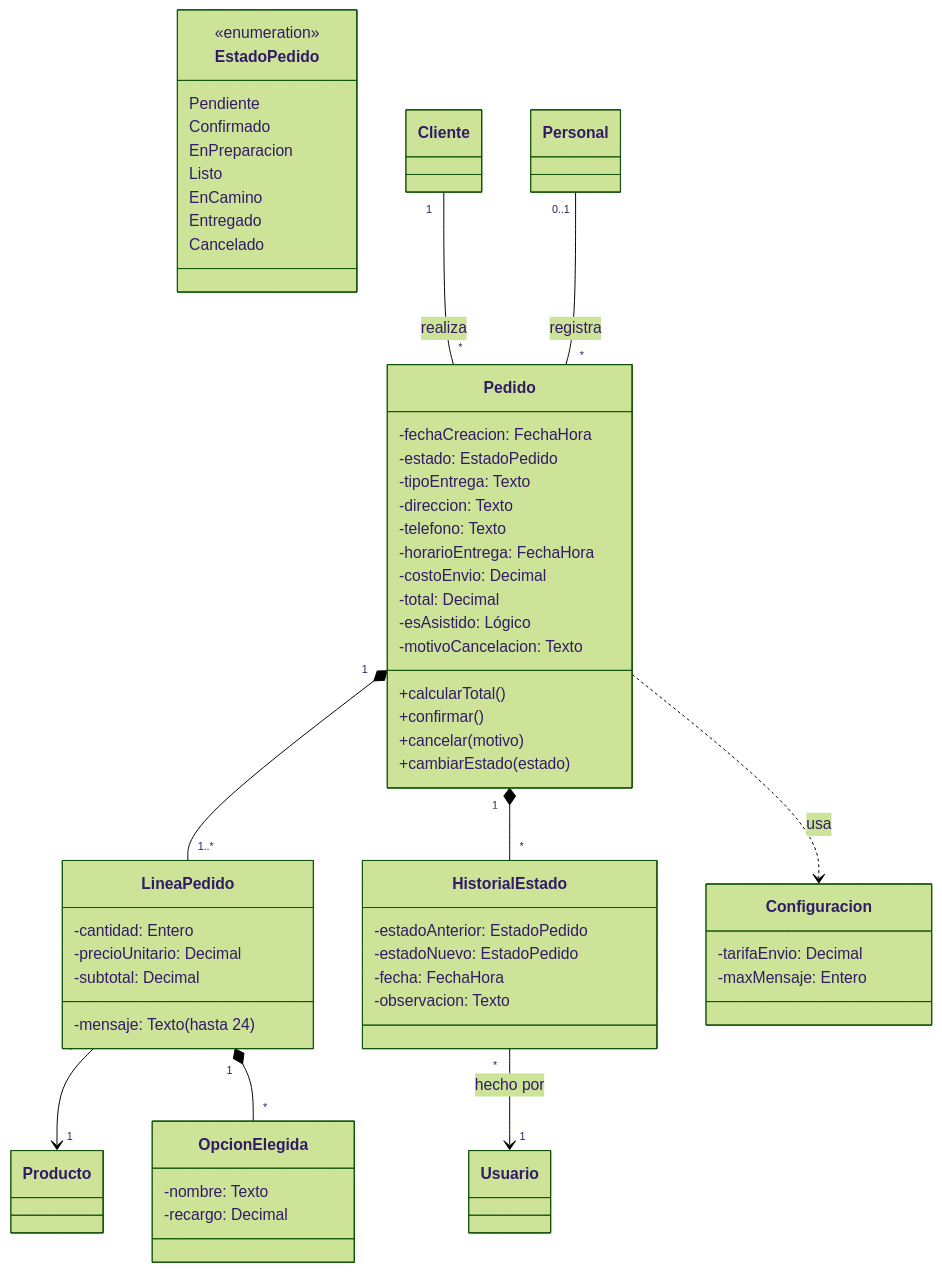
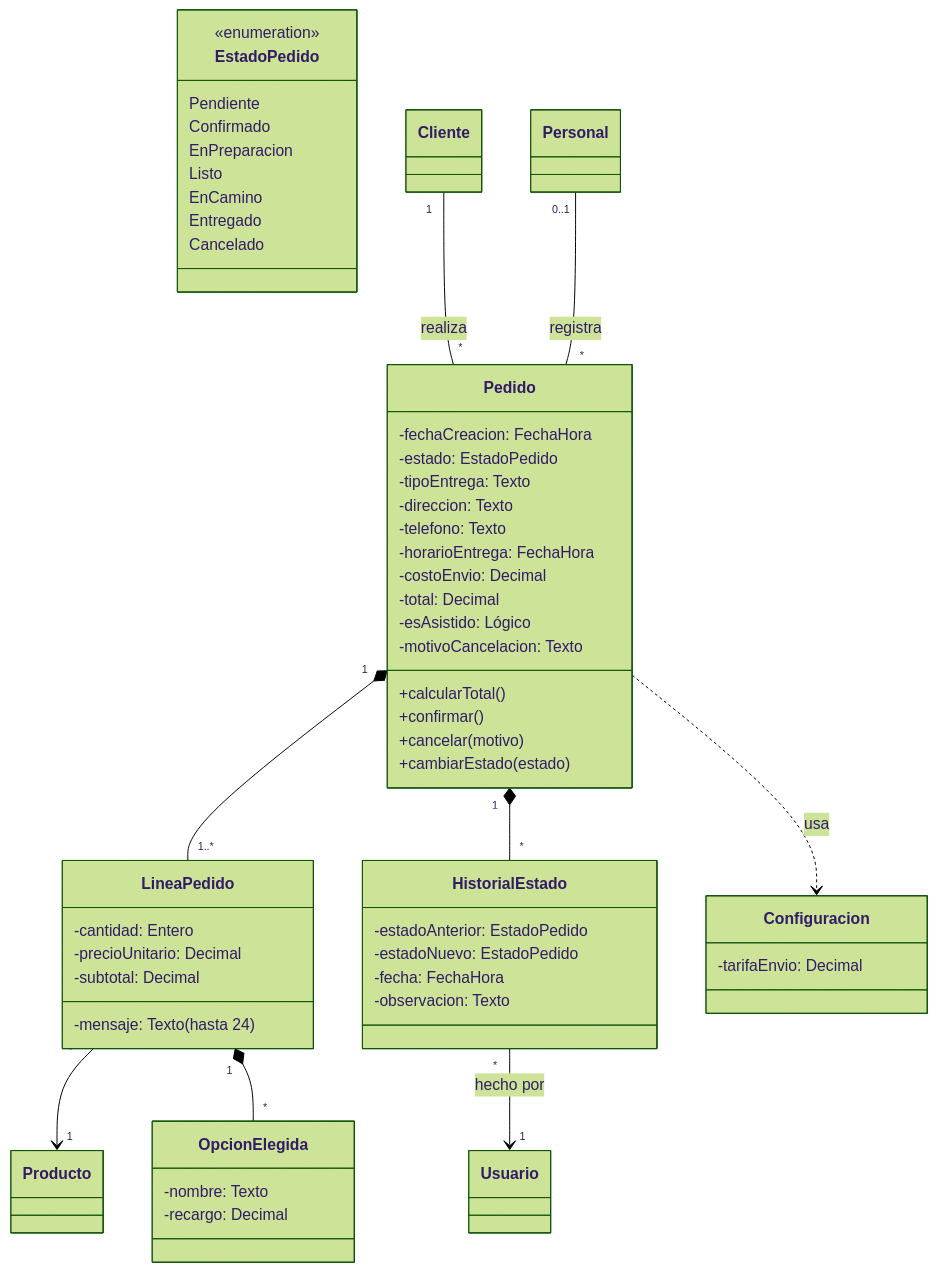
One commit to Anton10-AR/DulcesAromas changed the sixth of 10 diagrams in docs/04-modelos-uml.md. Above: the diagram before and after it, drawn with Mermaid (forest theme). The commit also changed other lines of this file and 1 other file, not shown here.

````diff
--- a/docs/04-modelos-uml.md
+++ b/docs/04-modelos-uml.md
@@ -237,61 +237,60 @@
 ```mermaid
 classDiagram
   class Pedido {
     -fechaCreacion: FechaHora
     -estado: EstadoPedido
     -tipoEntrega: Texto
     -direccion: Texto
     -telefono: Texto
     -horarioEntrega: FechaHora
     -costoEnvio: Decimal
     -total: Decimal
     -esAsistido: Lógico
     -motivoCancelacion: Texto
     +calcularTotal()
     +confirmar()
     +cancelar(motivo)
     +cambiarEstado(estado)
   }
   class LineaPedido {
     -cantidad: Entero
     -precioUnitario: Decimal
     -mensaje: Texto (hasta 24)
     -subtotal: Decimal
   }
   class OpcionElegida {
     -nombre: Texto
     -recargo: Decimal
   }
   class HistorialEstado {
     -estadoAnterior: EstadoPedido
     -estadoNuevo: EstadoPedido
     -fecha: FechaHora
     -observacion: Texto
   }
   class Configuracion {
     -tarifaEnvio: Decimal
-    -maxMensaje: Entero
   }
   class EstadoPedido {
     <<enumeration>>
     Pendiente
     Confirmado
     EnPreparacion
     Listo
     EnCamino
     Entregado
     Cancelado
   }
   class Cliente
   class Personal
   class Producto
   class Usuario
   Cliente "1" -- "*" Pedido : realiza
   Personal "0..1" -- "*" Pedido : registra
   Pedido "1" *-- "1..*" LineaPedido
   LineaPedido "*" --> "1" Producto
   LineaPedido "1" *-- "*" OpcionElegida
   Pedido "1" *-- "*" HistorialEstado
   HistorialEstado "*" --> "1" Usuario : hecho por
   Pedido ..> Configuracion : usa
 ```
````
